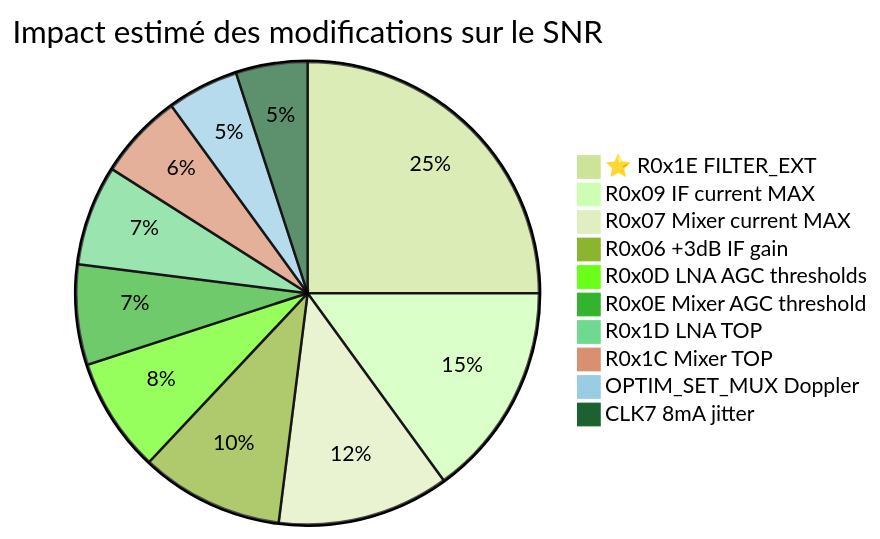
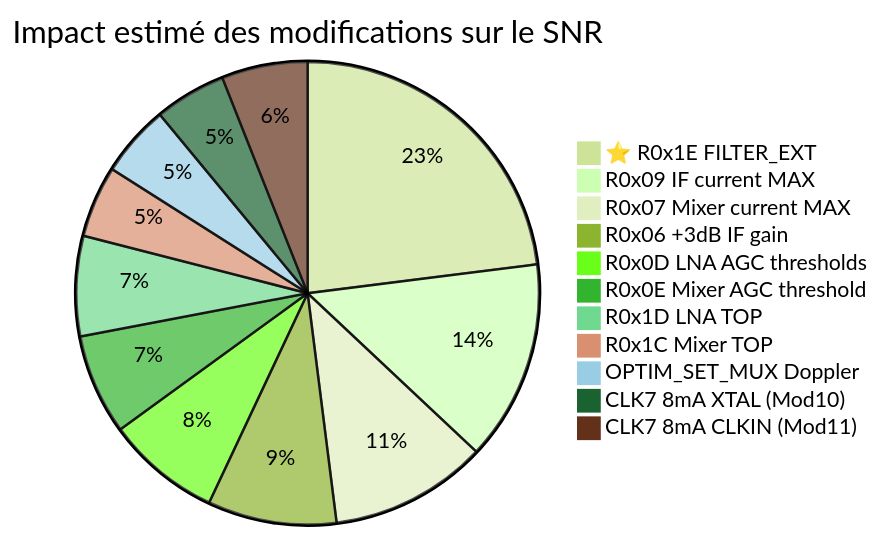
Before and after one commit to f4tnk/airspyone_firmware: diagram 15 of 19 in OPTIMIZATION-LEO-SAT-F4TNK.md, drawn with Mermaid (forest theme). The commit also changed other lines of this file and 1 other file, not shown here.

Commit message:
🛰️ GPSDO Mod11: CLK7 8mA in CLKIN mode + GPSDO documentation section

````diff
--- a/OPTIMIZATION-LEO-SAT-F4TNK.md
+++ b/OPTIMIZATION-LEO-SAT-F4TNK.md
@@ -607,13 +766,14 @@
 ```mermaid
 pie title Impact estimé des modifications sur le SNR
-    "⭐ R0x1E FILTER_EXT" : 25
-    "R0x09 IF current MAX" : 15
-    "R0x07 Mixer current MAX" : 12
-    "R0x06 +3dB IF gain" : 10
+    "⭐ R0x1E FILTER_EXT" : 23
+    "R0x09 IF current MAX" : 14
+    "R0x07 Mixer current MAX" : 11
+    "R0x06 +3dB IF gain" : 9
     "R0x0D LNA AGC thresholds" : 8
     "R0x0E Mixer AGC threshold" : 7
     "R0x1D LNA TOP" : 7
-    "R0x1C Mixer TOP" : 6
+    "R0x1C Mixer TOP" : 5
     "OPTIM_SET_MUX Doppler" : 5
-    "CLK7 8mA jitter" : 5
+    "CLK7 8mA XTAL (Mod10)" : 5
+    "CLK7 8mA CLKIN (Mod11)" : 6
 ```
````
